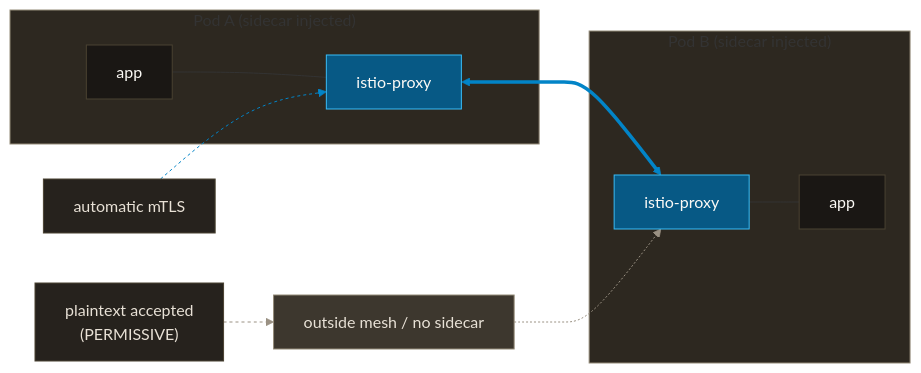
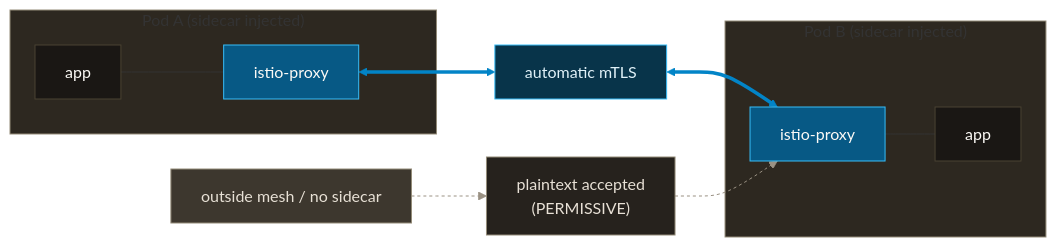
The third of 3 diagrams in kubernetes/network/README.md (yu-min3/kensan-lab), drawn with Mermaid before and after one commit. The commit also changed other lines of this file, not shown here.

Commit message:
docs: Network図の関係ラベルを中間ノード化

````diff
--- a/kubernetes/network/README.md
+++ b/kubernetes/network/README.md
@@ -98,34 +95,31 @@
 ```mermaid
 %%{init: {"flowchart": {"htmlLabels": false}} }%%
 flowchart LR
     subgraph P1["Pod A (sidecar injected)"]
         App1[app] --- SC1[istio-proxy]
     end
     subgraph P2["Pod B (sidecar injected)"]
         SC2[istio-proxy] --- App2[app]
     end
     Out["outside mesh / no sidecar"]
 
-    SC1 <==> SC2
-    Out -.-> SC2
-
-    MT["automatic mTLS"]
-    PT["plaintext accepted<br/>(PERMISSIVE)"]
-    MT -.-> SC1
-    PT -.-> Out
+    SC1 <==> MT["automatic mTLS"] <==> SC2
+    Out -.-> PT["plaintext accepted<br/>(PERMISSIVE)"] -.-> SC2
 
     style P1 fill:#2D2820,stroke:#948B79,color:#FCFAF6
     style P2 fill:#2D2820,stroke:#948B79,color:#FCFAF6
     classDef app fill:#1A1714,stroke:#4A4232,color:#FCFAF6
     classDef proxy fill:#075985,stroke:#38BDF8,color:#FCFAF6
     classDef plain fill:#3D372E,stroke:#948B79,color:#E8E1D6
-    classDef note fill:#26221D,stroke:#4A4232,color:#E8E1D6
+    classDef mtlsLabel fill:#08344A,stroke:#38BDF8,color:#E0F1F8
+    classDef plainLabel fill:#26221D,stroke:#948B79,color:#E8E1D6
     class App1,App2 app
     class SC1,SC2 proxy
     class Out plain
-    class MT,PT note
+    class MT mtlsLabel
+    class PT plainLabel
     linkStyle 2 stroke:#0284C7,color:#0284C7
-    linkStyle 3 stroke:#9A9183,color:#9A9183
-    linkStyle 4 stroke:#0284C7,stroke-dasharray:3 3,color:#0284C7
+    linkStyle 3 stroke:#0284C7,color:#0284C7
+    linkStyle 4 stroke:#9A9183,stroke-dasharray:3 3,color:#9A9183
     linkStyle 5 stroke:#9A9183,stroke-dasharray:3 3,color:#9A9183
 ```
````
